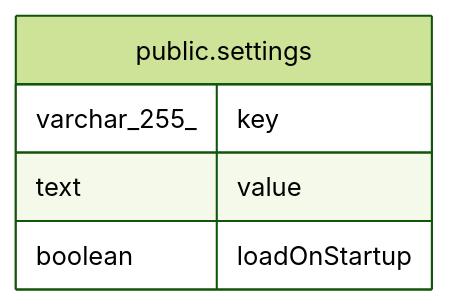
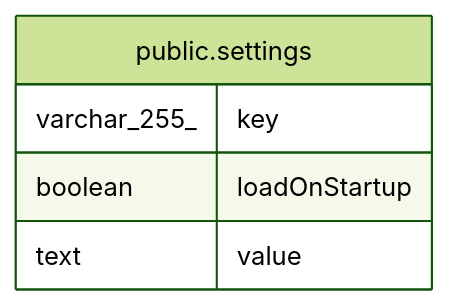
One commit to mayankjain1815-commits/n8n changed the diagram in docs/generated/postgres-schema/public.settings.md. Above: the diagram before and after it, drawn with Mermaid (forest theme). The commit also changed other lines of this file and 221 other files, not shown here.

Commit message:
chore(core): Make DB schema docs generation deterministic (#32373)

````diff
--- a/docs/generated/postgres-schema/public.settings.md
+++ b/docs/generated/postgres-schema/public.settings.md
@@ -28,10 +28,10 @@
 ```mermaid
 erDiagram
 
 
 "public.settings" {
   varchar_255_ key
+  boolean loadOnStartup
   text value
-  boolean loadOnStartup
 }
 ```
````
